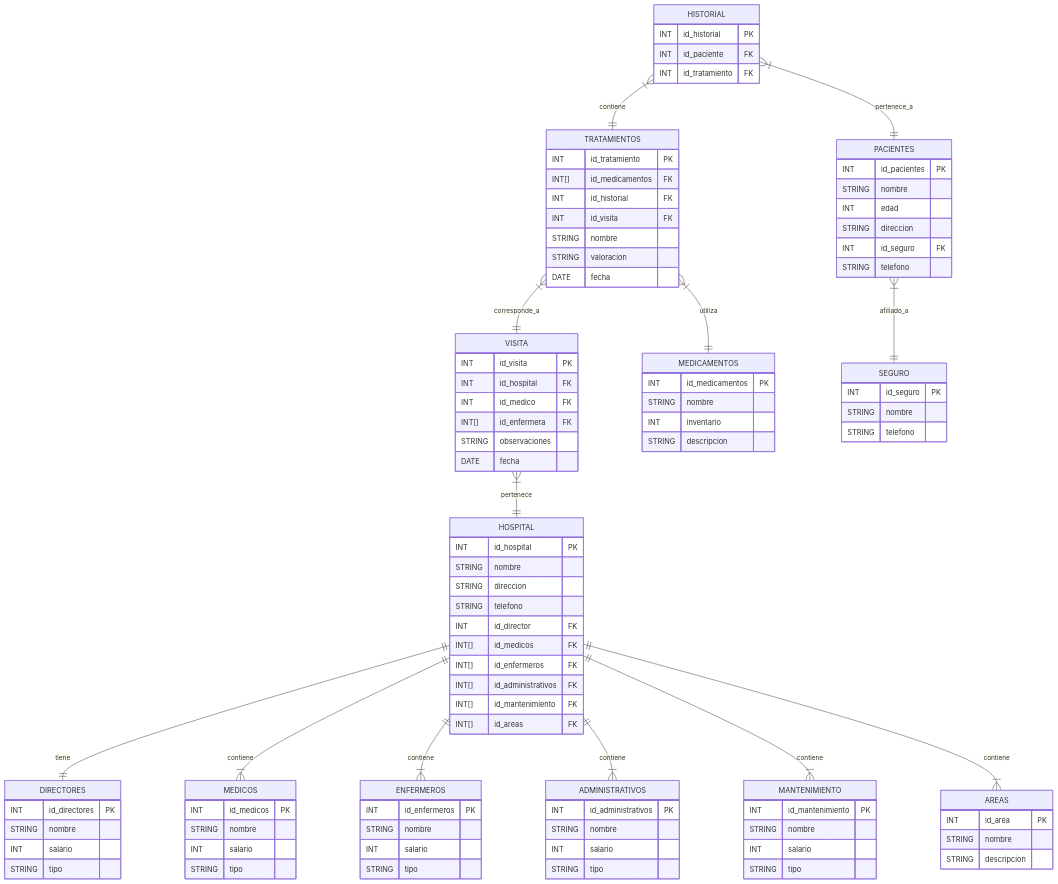
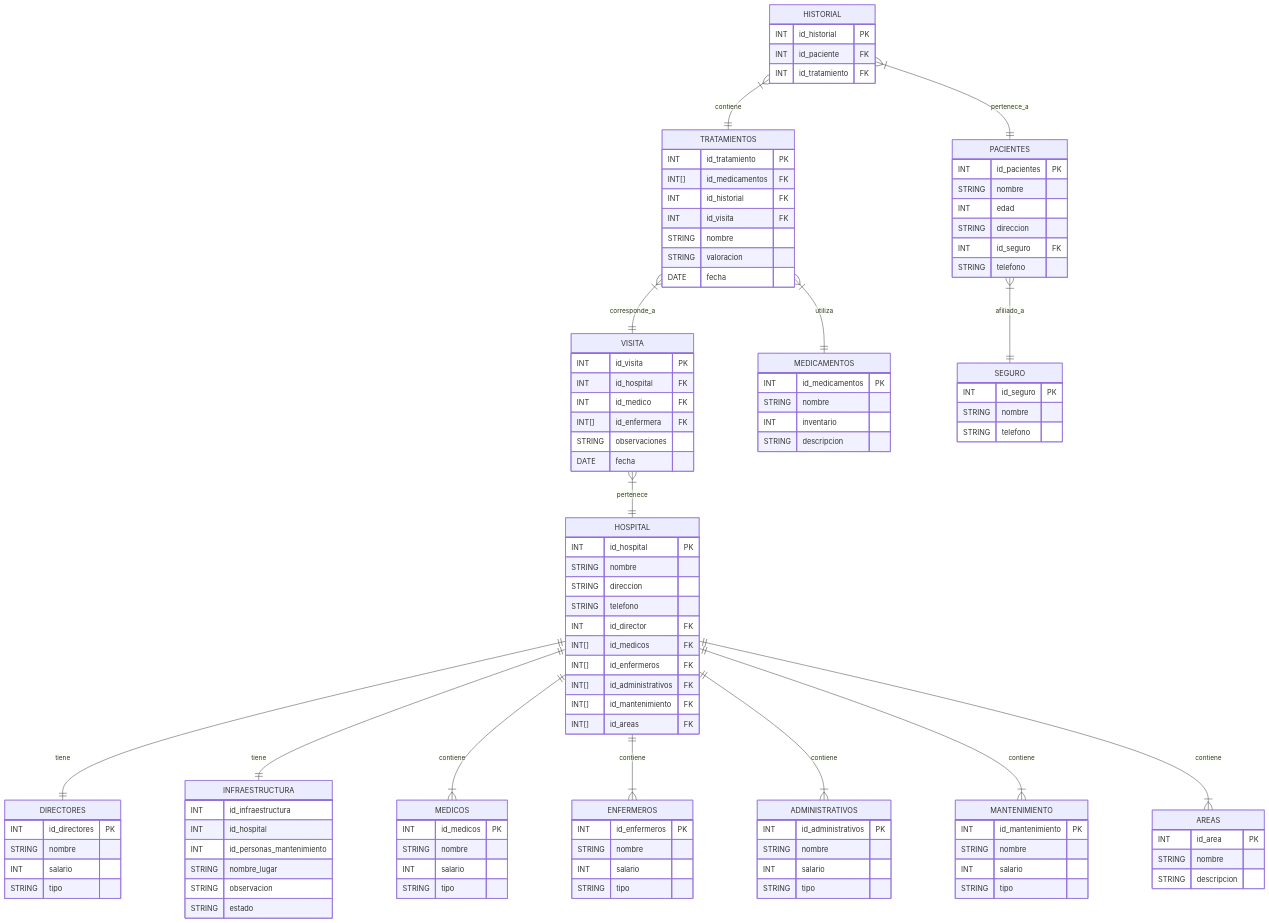
One commit to harleyyefreycabralesvargas/Proyecto_MongoDB_CabralesHarley_ChaparroGerson changed the diagram in README.md. Above: the diagram before and after it, drawn with Mermaid. The commit also changed other lines of this file and 16 other files, not shown here.

````diff
--- a/README.md
+++ b/README.md
@@ -209,5 +870,14 @@
 ```mermaid
 erDiagram
+INFRAESTRUCTURA {
+    INT id_infraestructura    
+    INT id_hospital           
+    INT id_personas_mantenimiento  
+    STRING nombre_lugar
+    STRING observacion
+    STRING estado             
+}
+
 MEDICOS {
         INT id_medicos PK
         STRING nombre
@@ -307,6 +977,7 @@
     }
 %% Relaciones
     HOSPITAL ||--|| DIRECTORES : tiene
+    HOSPITAL ||--|| INFRAESTRUCTURA : tiene
     HOSPITAL ||--|{ MEDICOS : contiene
      HOSPITAL ||--|{ ENFERMEROS : contiene
     HOSPITAL ||--|{ ADMINISTRATIVOS : contiene
````
